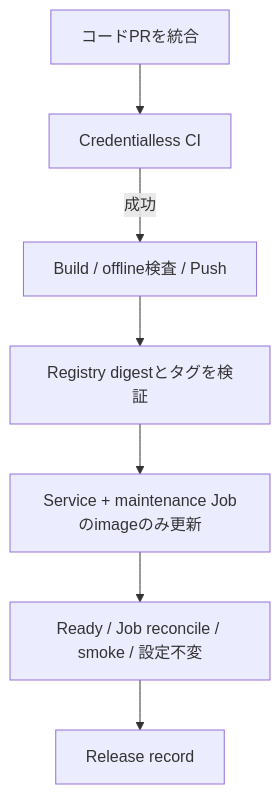
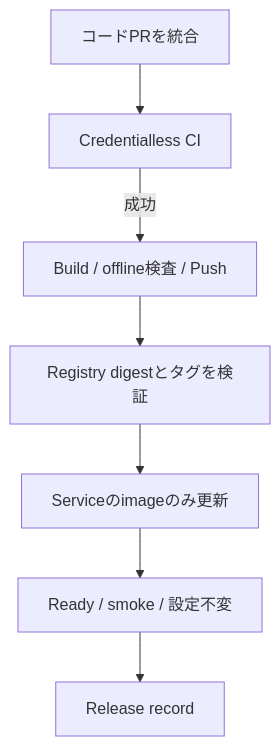
The diagram in docs/mypage/release/backend-ci.md (kani3camp/youtube-study-space), drawn with Mermaid before and after one commit. The commit also changed other lines of this file and 30 other files, not shown here.

````diff
--- a/docs/mypage/release/backend-ci.md
+++ b/docs/mypage/release/backend-ci.md
@@ -31,9 +32,9 @@
 ```mermaid
 flowchart TD
     A[コードPRを統合] --> B[Credentialless CI]
     B -->|成功| C[Build / offline検査 / Push]
     C --> D[Registry digestとタグを検証]
-    D --> E[Service + maintenance Jobのimageのみ更新]
-    E --> F[Ready / Job reconcile / smoke / 設定不変]
+    D --> E[Serviceのimageのみ更新]
+    E --> F[Ready / smoke / 設定不変]
     F --> G[Release record]
 ```
````
